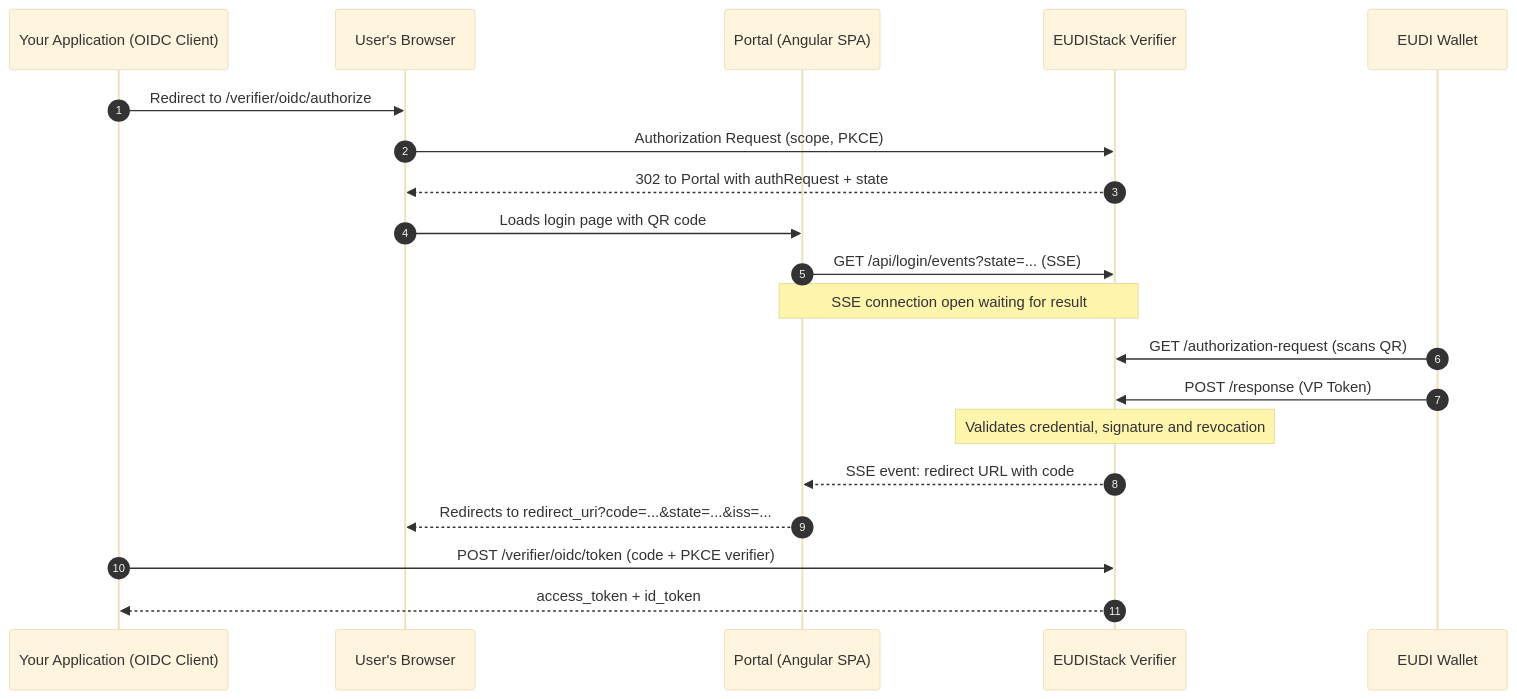
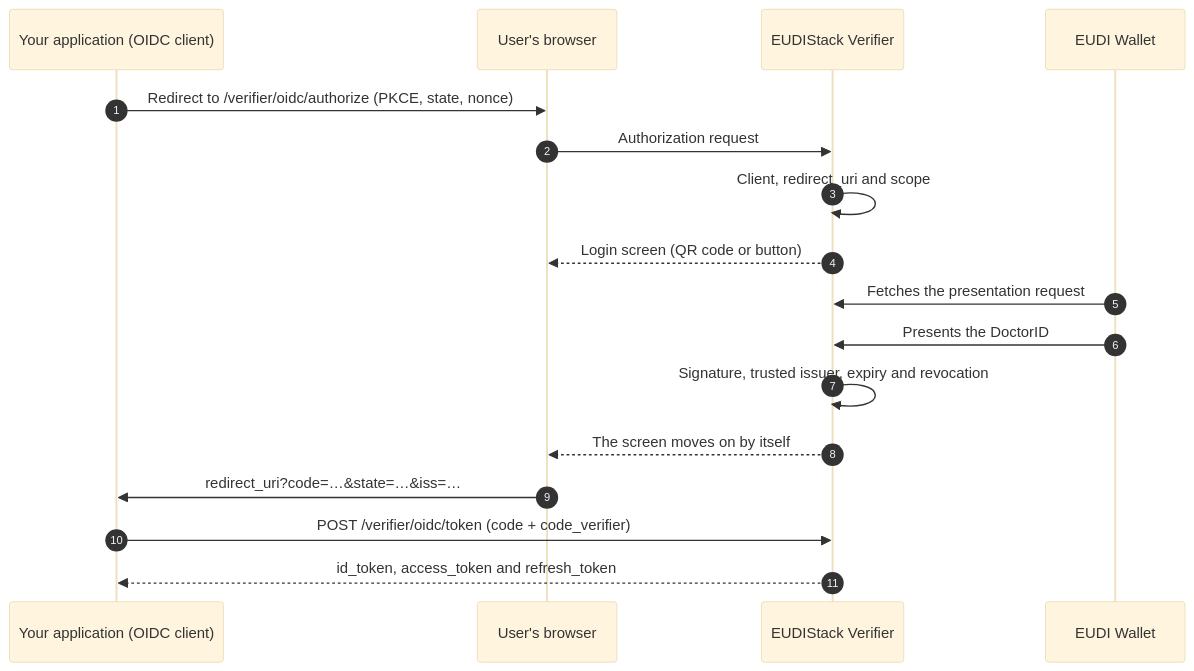
The diagram in docs/developers/guides/oidc-idp.en.md (in2workspace/eudistack-platform-docs), drawn with Mermaid (base theme) before and after one commit. The commit also changed other lines of this file, not shown here.

First line of the commit message:
docs(oidc-idp): English version of the DoctorID integration guide

````diff
--- a/docs/developers/guides/oidc-idp.en.md
+++ b/docs/developers/guides/oidc-idp.en.md
@@ -38,27 +73,20 @@
 ```mermaid
 sequenceDiagram
     autonumber
-    participant App as Your Application (OIDC Client)
-    participant Browser as User's Browser
-    participant Portal as Portal (Angular SPA)
+    participant App as Your application (OIDC client)
+    participant Browser as User's browser
     participant Verifier as EUDIStack Verifier
     participant Wallet as EUDI Wallet
 
-    App->>Browser: Redirect to /verifier/oidc/authorize
-    Browser->>Verifier: Authorization Request (scope, PKCE)
-    Verifier-->>Browser: 302 to Portal with authRequest + state
-    Browser->>Portal: Loads login page with QR code
-
-    Portal->>Verifier: GET /api/login/events?state=... (SSE)
-    Note over Portal,Verifier: SSE connection open waiting for result
-
-    Wallet->>Verifier: GET /authorization-request (scans QR)
-    Wallet->>Verifier: POST /response (VP Token)
-    Note over Verifier: Validates credential, signature and revocation
-
-    Verifier-->>Portal: SSE event: redirect URL with code
-    Portal-->>Browser: Redirects to redirect_uri?code=...&state=...&iss=...
-
-    App->>Verifier: POST /verifier/oidc/token (code + PKCE verifier)
-    Verifier-->>App: access_token + id_token
+    App->>Browser: Redirect to /verifier/oidc/authorize (PKCE, state, nonce)
+    Browser->>Verifier: Authorization request
+    Verifier->>Verifier: Client, redirect_uri and scope
+    Verifier-->>Browser: Login screen (QR code or button)
+    Wallet->>Verifier: Fetches the presentation request
+    Wallet->>Verifier: Presents the DoctorID
+    Verifier->>Verifier: Signature, trusted issuer, expiry and revocation
+    Verifier-->>Browser: The screen moves on by itself
+    Browser->>App: redirect_uri?code=…&state=…&iss=…
+    App->>Verifier: POST /verifier/oidc/token (code + code_verifier)
+    Verifier-->>App: id_token, access_token and refresh_token
 ```
````
